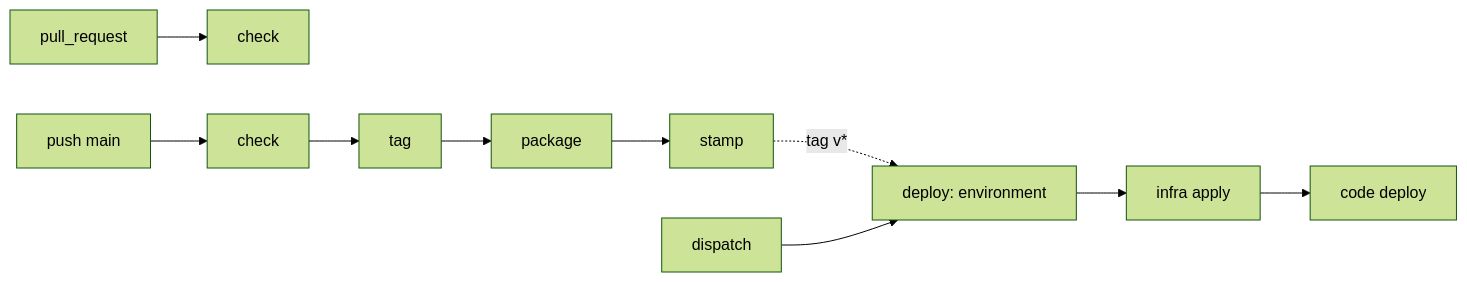
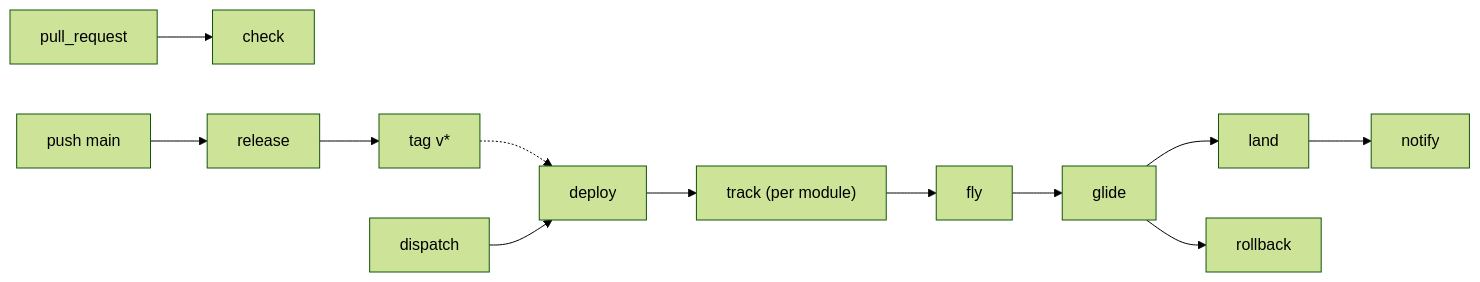
Before and after one commit to br4zz4/pipelines: the diagram in README.md, drawn with Mermaid (forest theme). The commit also changed other lines of this file and 49 other files, not shown here.

````diff
--- a/README.md
+++ b/README.md
@@ -23,8 +24,10 @@
 ```mermaid
 flowchart LR
   pr[pull_request] --> check[check]
-  main[push main] --> check2[check] --> tag[tag] --> pkg[package] --> stamp[stamp]
-  stamp -. tag v* .-> deploy
-  dispatch[dispatch] --> deploy[deploy: environment]
-  deploy --> infra[infra apply] --> code[code deploy]
+  main[push main] --> release[release] --> tag[tag v*]
+  tag -.-> deploy
+  dispatch[dispatch] --> deploy
+  deploy --> track["track (per module)"]
+  track --> fly --> glide --> land --> notify
+  glide --> rollback
 ```
````
